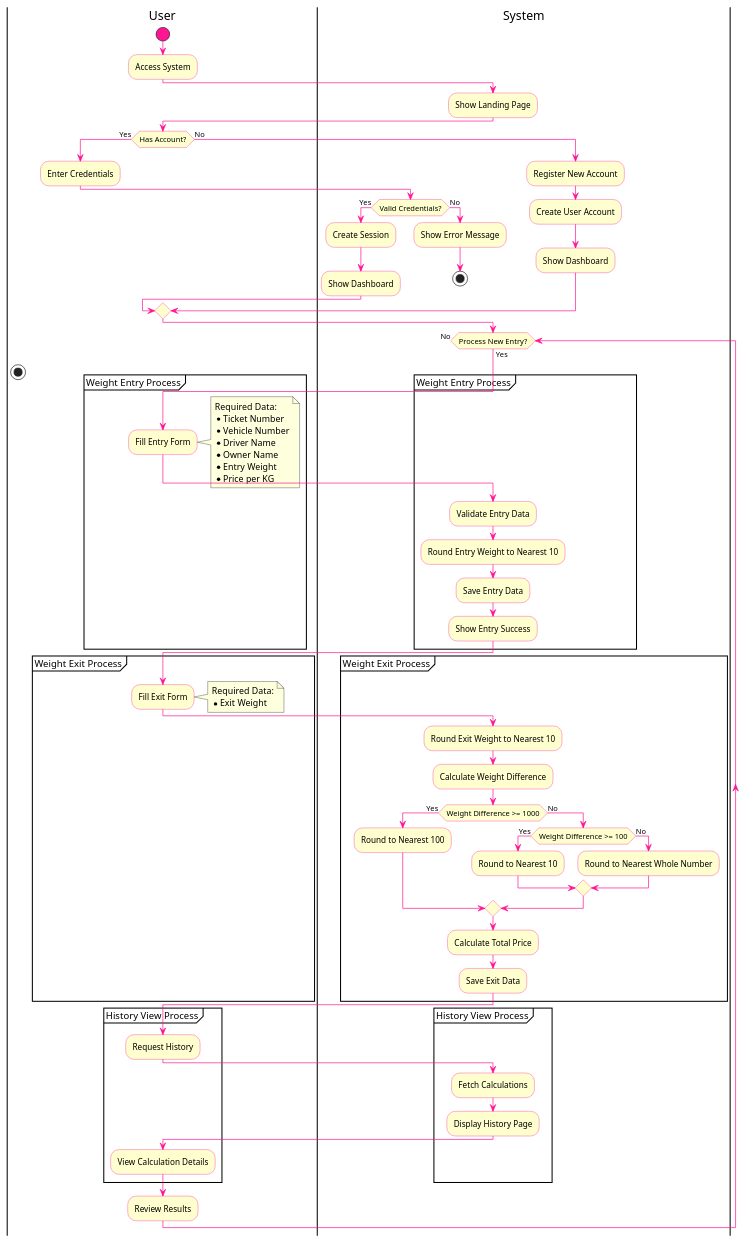
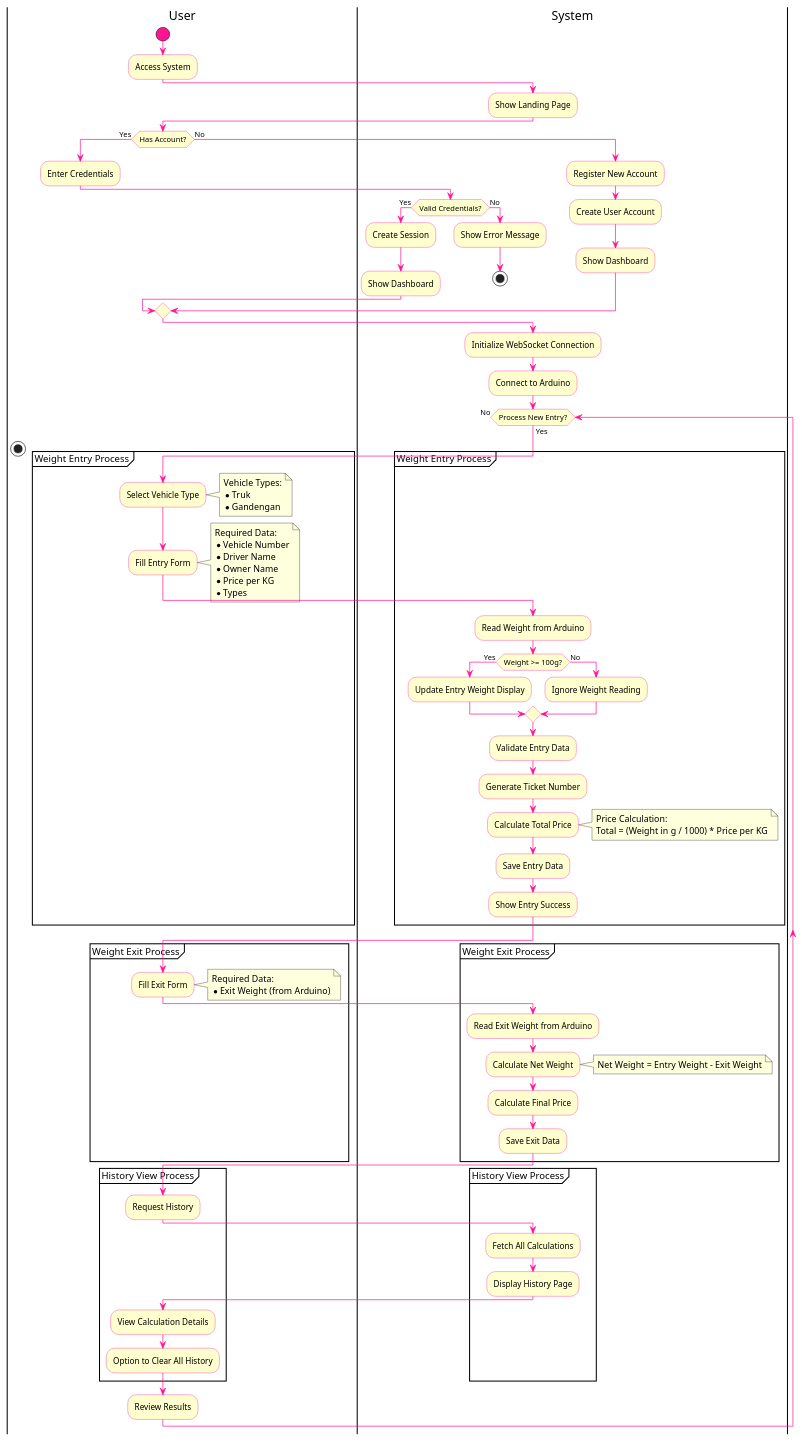
Before and after one commit to MasRama/dan-weight: the diagram in diagram/activity.puml, drawn with PlantUML. The commit also changed 4 other files, not shown here.

```diff
--- a/diagram/activity.puml
+++ b/diagram/activity.puml
@@ -1,103 +1,118 @@
 @startuml
 
 skinparam {
     ActivityBackgroundColor #FEFECE
     ActivityBorderColor DeepPink
     ActivityDiamondBackgroundColor #FEFECE
     ActivityDiamondBorderColor DeepPink
     ActivityStartColor DeepPink
     ActivityEndColor DeepPink
     ArrowColor DeepPink
 }
 
 |User|
 start
 :Access System;
 
 |System|
 :Show Landing Page;
 
 |User|
 if (Has Account?) then (Yes)
     :Enter Credentials;
     |System|
     if (Valid Credentials?) then (Yes)
         :Create Session;
         :Show Dashboard;
     else (No)
         :Show Error Message;
         stop
     endif
 else (No)
     :Register New Account;
     |System|
     :Create User Account;
     :Show Dashboard;
 endif
 
+|System|
+:Initialize WebSocket Connection;
+:Connect to Arduino;
+
 while (Process New Entry?) is (Yes)
     |User|
     partition "Weight Entry Process" {
+        :Select Vehicle Type;
+        note right
+            Vehicle Types:
+            * Truk
+            * Gandengan
+        end note
+
         :Fill Entry Form;
         note right
             Required Data:
-            * Ticket Number
             * Vehicle Number
             * Driver Name
             * Owner Name
-            * Entry Weight
             * Price per KG
+            * Types
         end note
         
         |System|
+        :Read Weight from Arduino;
+        if (Weight >= 100g?) then (Yes)
+            :Update Entry Weight Display;
+        else (No)
+            :Ignore Weight Reading;
+        endif
+
         :Validate Entry Data;
-        :Round Entry Weight to Nearest 10;
+        :Generate Ticket Number;
+        :Calculate Total Price;
+        note right
+            Price Calculation:
+            Total = (Weight in g / 1000) * Price per KG
+        end note
         :Save Entry Data;
         :Show Entry Success;
     }
 
     |User|
     partition "Weight Exit Process" {
         :Fill Exit Form;
         note right
             Required Data:
-            * Exit Weight
+            * Exit Weight (from Arduino)
         end note
         
         |System|
-        :Round Exit Weight to Nearest 10;
-        :Calculate Weight Difference;
-        
-        if (Weight Difference >= 1000) then (Yes)
-            :Round to Nearest 100;
-        else (No)
-            if (Weight Difference >= 100) then (Yes)
-                :Round to Nearest 10;
-            else (No)
-                :Round to Nearest Whole Number;
-            endif
-        endif
-        
-        :Calculate Total Price;
+        :Read Exit Weight from Arduino;
+        :Calculate Net Weight;
+        note right
+            Net Weight = Entry Weight - Exit Weight
+        end note
+        :Calculate Final Price;
         :Save Exit Data;
     }
 
     |User|
     partition "History View Process" {
         :Request History;
         
         |System|
-        :Fetch Calculations;
+        :Fetch All Calculations;
         :Display History Page;
         
         |User|
         :View Calculation Details;
+        :Option to Clear All History;
     }
     
     |User|
     :Review Results;
 endwhile (No)
 
 stop
 
 @enduml
```
